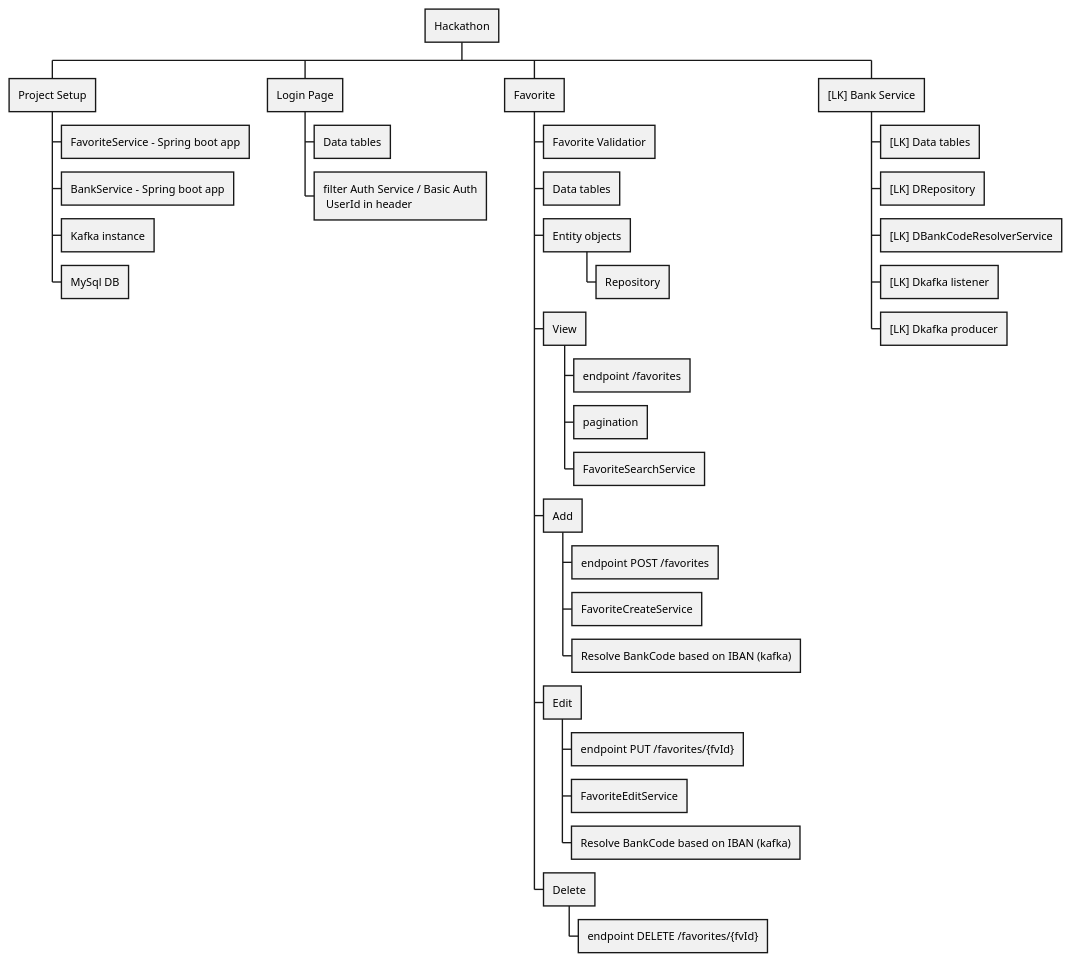
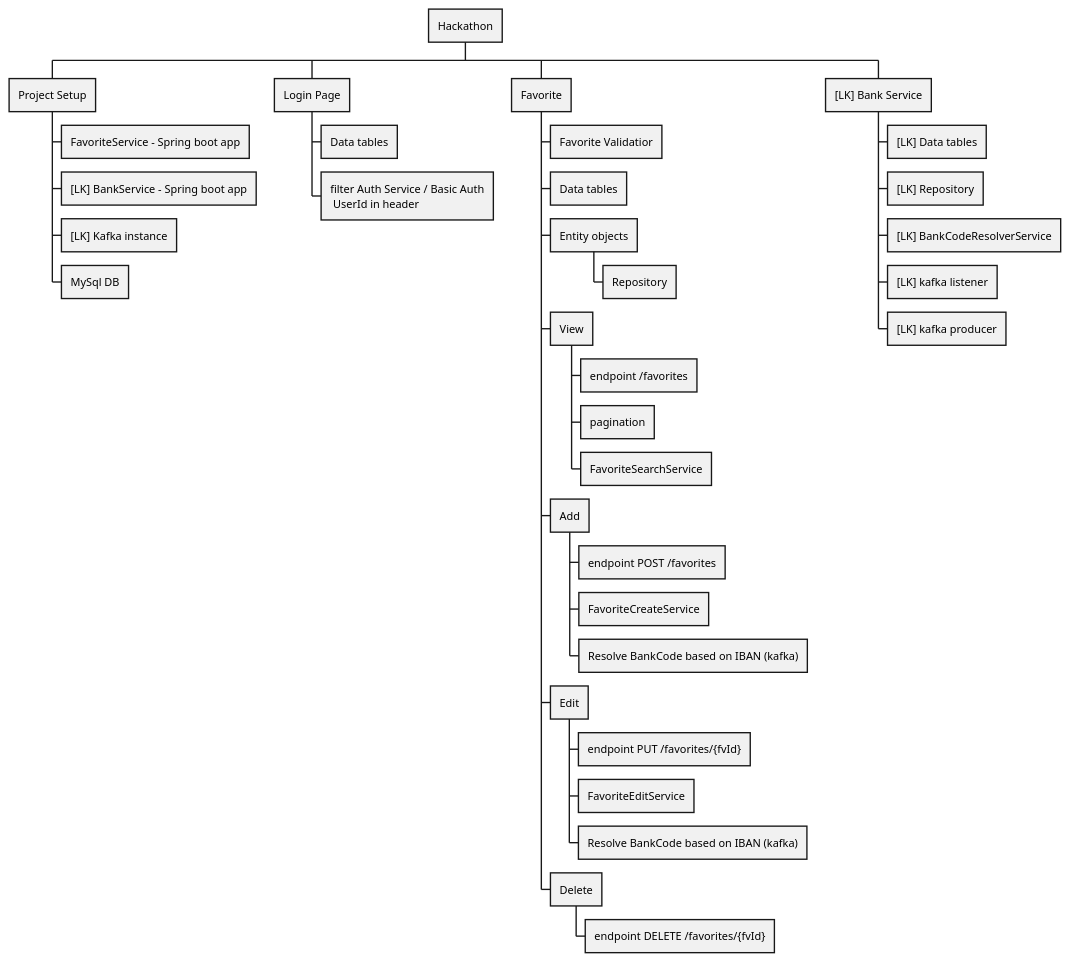
One commit to lookassh/hcl_hackathon changed the diagram in WBS.puml. Above: the diagram before and after it, drawn with PlantUML.

Commit message:
rest API design

```diff
--- a/WBS.puml
+++ b/WBS.puml
@@ -1,39 +1,39 @@
 @startwbs
 'https://plantuml.com/wbs-diagram
 * Hackathon
 ** Project Setup
 *** FavoriteService - Spring boot app
-*** BankService - Spring boot app
-*** Kafka instance
+*** [LK] BankService - Spring boot app
+*** [LK] Kafka instance
 *** MySql DB
 ** Login Page
 *** Data tables
 *** filter Auth Service / Basic Auth\n UserId in header
 ** Favorite
 *** Favorite Validatior
 *** Data tables
 *** Entity objects
 **** Repository
 *** View
 **** endpoint /favorites
 **** pagination
 **** FavoriteSearchService
 *** Add
 **** endpoint POST /favorites
 **** FavoriteCreateService
 **** Resolve BankCode based on IBAN (kafka)
 *** Edit
 **** endpoint PUT /favorites/{fvId}
 **** FavoriteEditService
 **** Resolve BankCode based on IBAN (kafka)
 *** Delete
 **** endpoint DELETE /favorites/{fvId}
 ** [LK] Bank Service
 *** [LK] Data tables
-*** [LK] DRepository
-*** [LK] DBankCodeResolverService
-*** [LK] Dkafka listener
-*** [LK] Dkafka producer
+*** [LK] Repository
+*** [LK] BankCodeResolverService
+*** [LK] kafka listener
+*** [LK] kafka producer
 
 
 @endwbs
```
